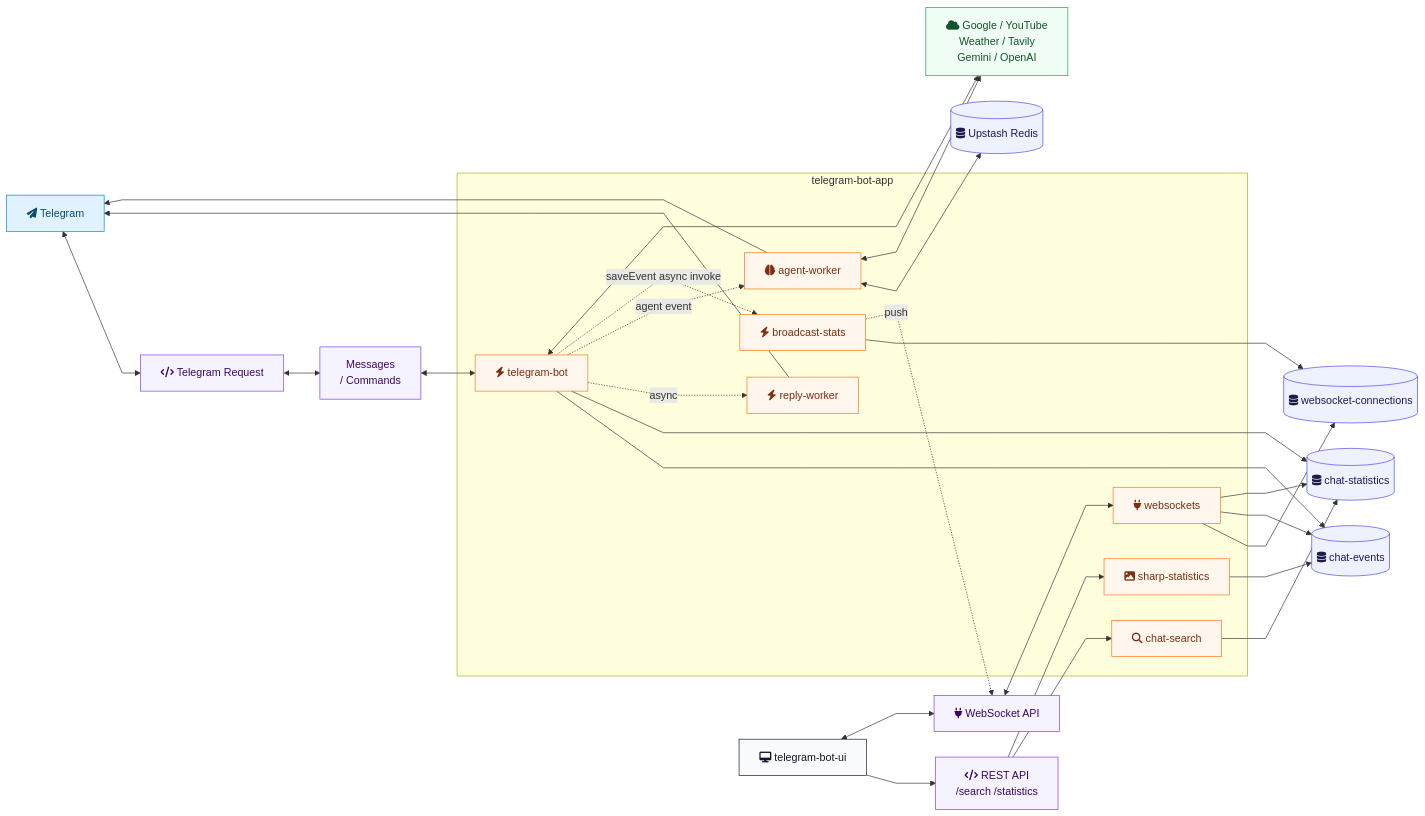
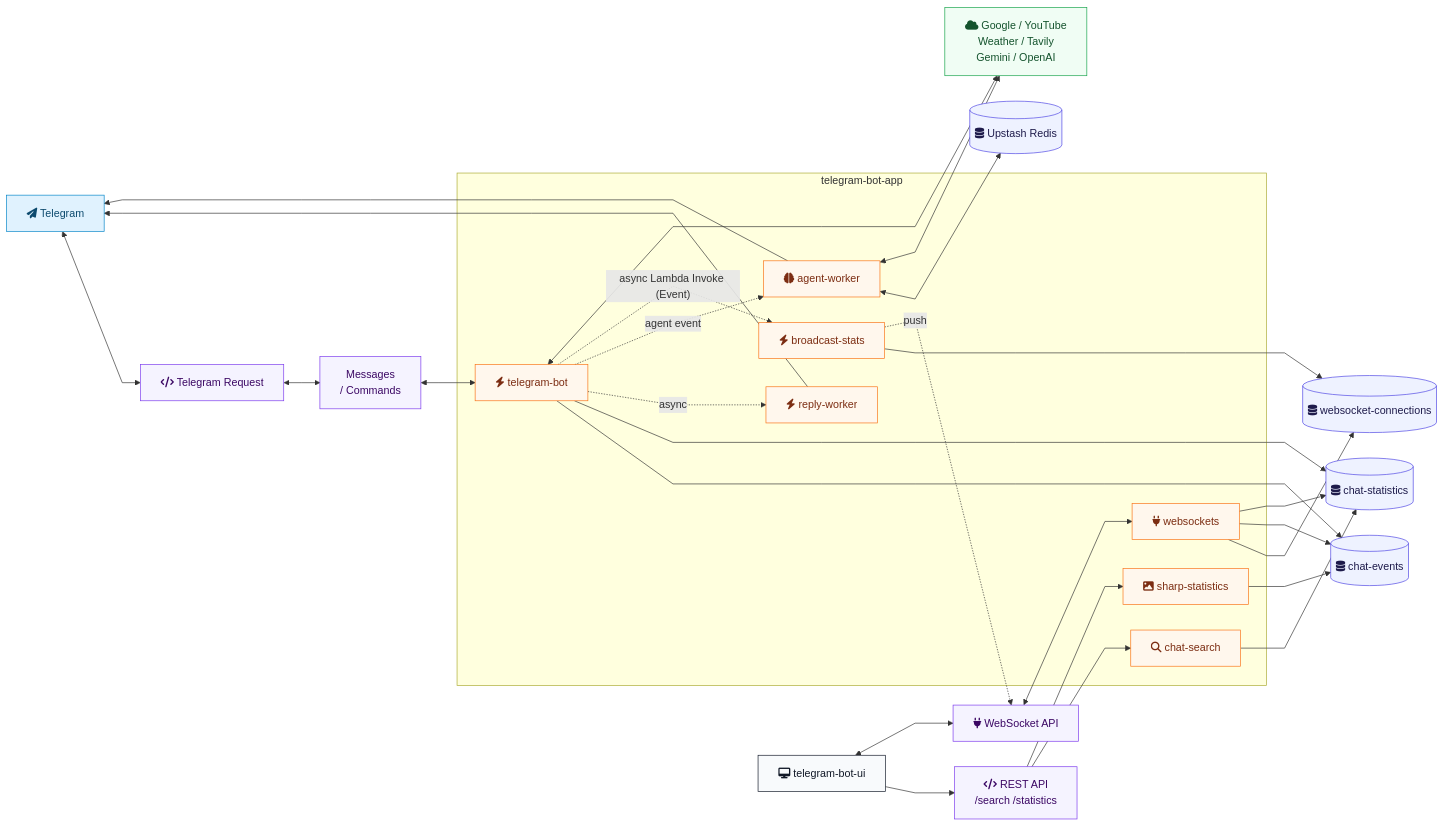
One commit to EugeneDraitsev/telegram-bot-app changed the diagram in README.md. Above: the diagram before and after it, drawn with Mermaid. The commit also changed 2 other files, not shown here.

Commit message:
Address websocket review follow-ups

````diff
--- a/README.md
+++ b/README.md
@@ -14,59 +14,59 @@
 ```mermaid
 %%{init: {"flowchart": {"curve": "linear", "nodeSpacing": 38, "rankSpacing": 54}} }%%
 flowchart LR
   tg["fa:fa-paper-plane Telegram"]:::telegram
   req["fa:fa-code Telegram Request"]:::gateway
   msg["Messages<br/>/ Commands"]:::gateway
 
   subgraph app["telegram-bot-app"]
     bot["fa:fa-bolt telegram-bot"]:::lambda
     reply["fa:fa-bolt reply-worker"]:::lambda
     agent["fa:fa-brain agent-worker"]:::lambda
     search["fa:fa-search chat-search"]:::lambda
     image["fa:fa-image sharp-statistics"]:::lambda
     broadcast["fa:fa-bolt broadcast-stats"]:::lambda
     ws["fa:fa-plug websockets"]:::lambda
   end
 
   apis["fa:fa-cloud Google / YouTube<br/>Weather / Tavily<br/>Gemini / OpenAI"]:::external
 
   events[("fa:fa-database chat-events")]:::data
   stats[("fa:fa-database chat-statistics")]:::data
   conns[("fa:fa-database websocket-connections")]:::data
   redis[("fa:fa-database Upstash Redis")]:::data
 
   ui["fa:fa-desktop telegram-bot-ui"]:::ui
   http["fa:fa-code REST API<br/>/search /statistics"]:::gateway
   wss["fa:fa-plug WebSocket API"]:::gateway
 
   tg <--> req <--> msg <--> bot
   bot --> events
   bot --> stats
   bot -. "async" .-> reply
   bot -. "agent event" .-> agent
-  bot -. "saveEvent async invoke" .-> broadcast
+  bot -. "async Lambda Invoke (Event)" .-> broadcast
 
   reply --> tg
   agent --> tg
   agent <--> redis
   agent <--> apis
   bot <--> apis
 
   ui --> http
   http --> search --> stats
   http --> image --> events
 
   ui <--> wss <--> ws
   ws --> conns
   ws --> events
   ws --> stats
   broadcast --> conns
   broadcast -. "push" .-> wss
 
   classDef telegram fill:#e0f2fe,stroke:#0284c7,color:#0c4a6e
   classDef gateway fill:#f5f3ff,stroke:#7c3aed,color:#3b0764
   classDef lambda fill:#fff7ed,stroke:#f97316,color:#7c2d12
   classDef data fill:#eef2ff,stroke:#4f46e5,color:#1e1b4b
   classDef ui fill:#f8fafc,stroke:#111827,color:#111827
   classDef external fill:#f0fdf4,stroke:#16a34a,color:#14532d
 ```
````
